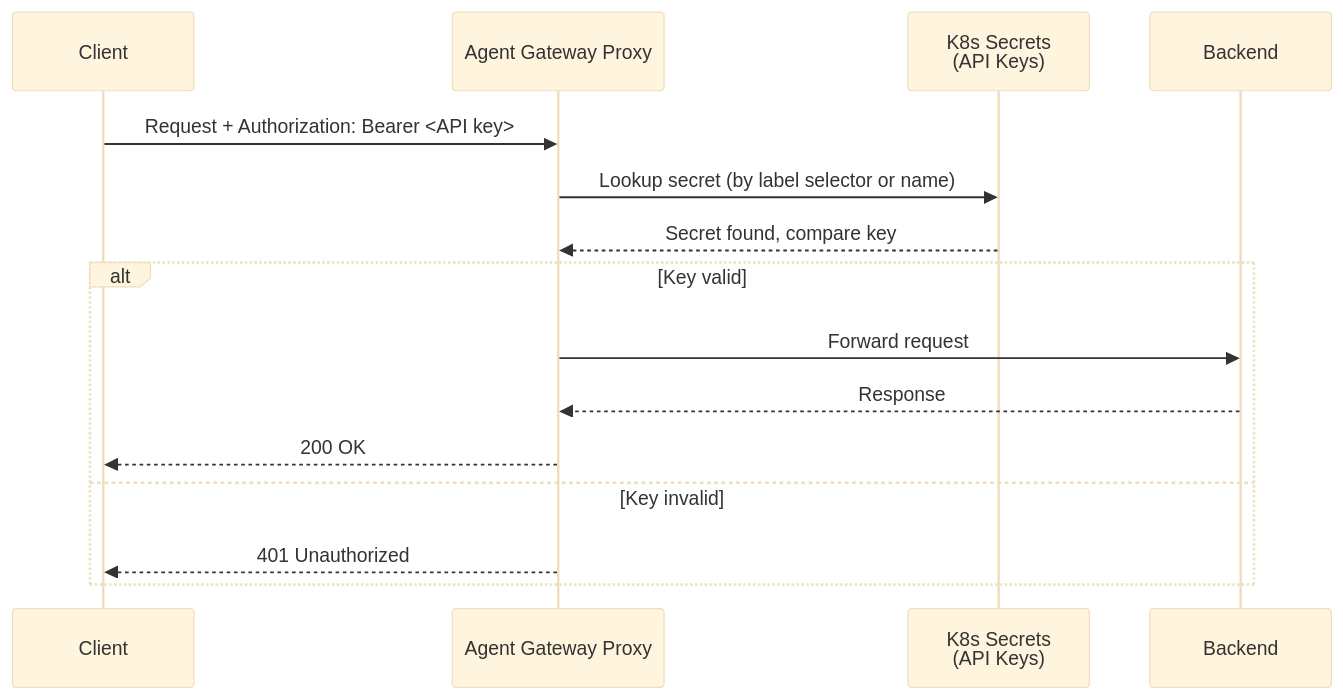
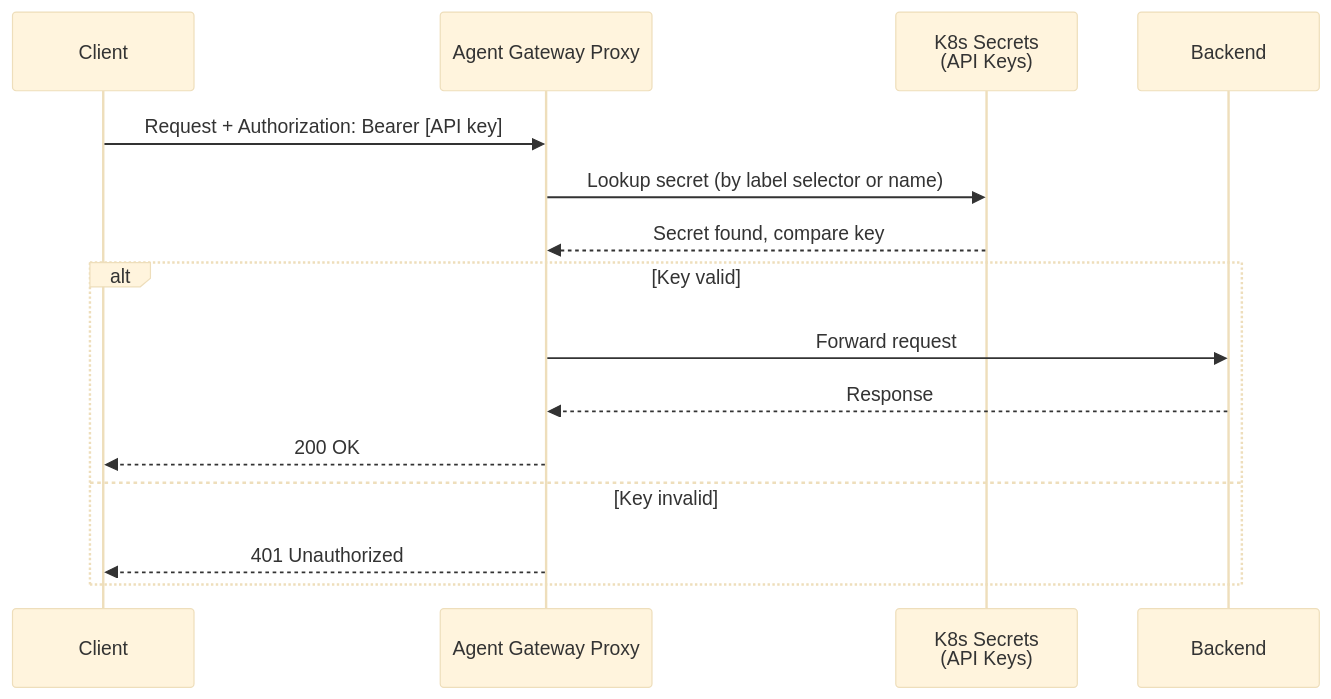
Before and after one commit to coryjett/solo-misc-workshops: the ninth of 15 diagrams in token-flow-diagrams/agent-gateway-token-flows.md, drawn with Mermaid (base theme). The commit also changed other lines of this file and 1 other file, not shown here.

First line of the commit message:
Fix Mermaid syntax errors: replace angle brackets with square brackets in diagrams

````diff
--- a/token-flow-diagrams/agent-gateway-token-flows.md
+++ b/token-flow-diagrams/agent-gateway-token-flows.md
@@ -250,19 +250,19 @@
 ```mermaid
 sequenceDiagram
     participant Client
     participant AGW as Agent Gateway Proxy
     participant K8s as K8s Secrets<br/>(API Keys)
     participant Backend as Backend
 
-    Client->>AGW: Request + Authorization: Bearer <API key>
+    Client->>AGW: Request + Authorization: Bearer [API key]
     AGW->>K8s: Lookup secret (by label selector or name)
     K8s-->>AGW: Secret found, compare key
 
     alt Key valid
         AGW->>Backend: Forward request
         Backend-->>AGW: Response
         AGW-->>Client: 200 OK
     else Key invalid
         AGW-->>Client: 401 Unauthorized
     end
 ```
````
